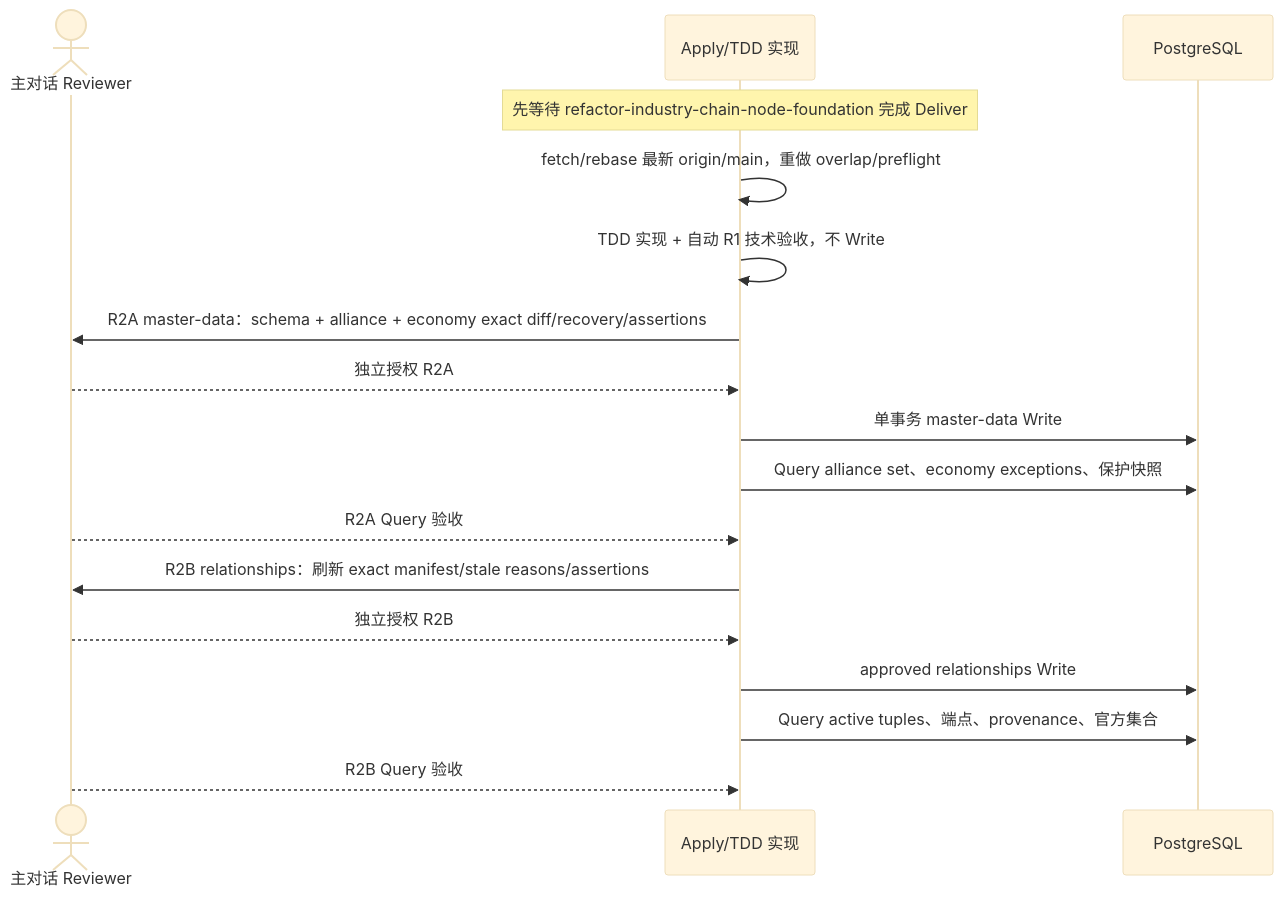
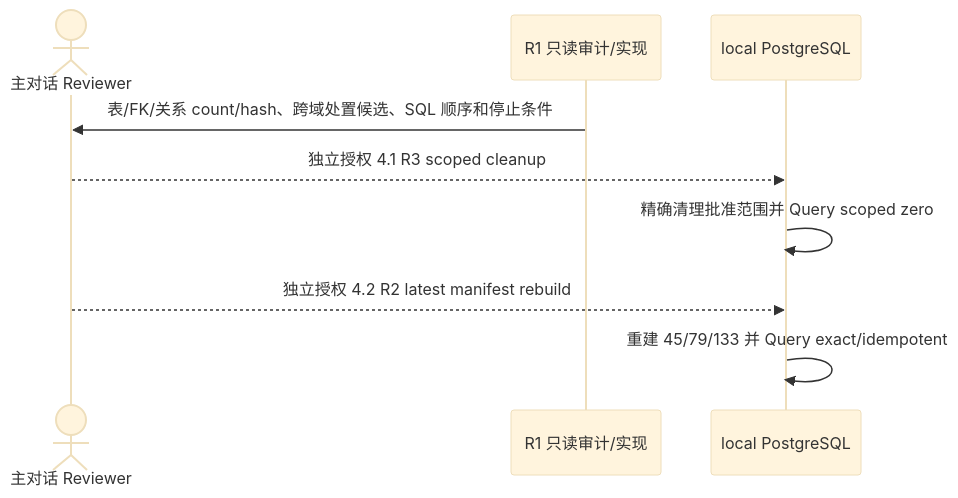
Before and after one commit to meierlink88/tidewise-ai: the diagram in openspec/changes/reinitialize-alliance-economy-foundation/design.md, drawn with Mermaid (base theme). The commit also changed other lines of this file and 21 other files, not shown here.

Commit message:
feat(entityfoundation): prepare alliance economy rebuild

````diff
--- a/openspec/changes/reinitialize-alliance-economy-foundation/design.md
+++ b/openspec/changes/reinitialize-alliance-economy-foundation/design.md
@@ -138,20 +97,12 @@
 ```mermaid
 sequenceDiagram
     actor Reviewer as 主对话 Reviewer
-    participant Apply as Apply/TDD 实现
-    participant PG as PostgreSQL
+    participant R1 as R1 只读审计/实现
+    participant PG as local PostgreSQL
 
-    Note over Apply: 先等待 refactor-industry-chain-node-foundation 完成 Deliver
-    Apply->>Apply: fetch/rebase 最新 origin/main，重做 overlap/preflight
-    Apply->>Apply: TDD 实现 + 自动 R1 技术验收，不 Write
-    Apply->>Reviewer: R2A master-data：schema + alliance + economy exact diff/recovery/assertions
-    Reviewer-->>Apply: 独立授权 R2A
-    Apply->>PG: 单事务 master-data Write
-    Apply->>PG: Query alliance set、economy exceptions、保护快照
-    Reviewer-->>Apply: R2A Query 验收
-    Apply->>Reviewer: R2B relationships：刷新 exact manifest/stale reasons/assertions
-    Reviewer-->>Apply: 独立授权 R2B
-    Apply->>PG: approved relationships Write
-    Apply->>PG: Query active tuples、端点、provenance、官方集合
-    Reviewer-->>Apply: R2B Query 验收
+    R1->>Reviewer: 表/FK/关系 count/hash、跨域处置候选、SQL 顺序和停止条件
+    Reviewer-->>PG: 独立授权 4.1 R3 scoped cleanup
+    PG->>PG: 精确清理批准范围并 Query scoped zero
+    Reviewer-->>PG: 独立授权 4.2 R2 latest manifest rebuild
+    PG->>PG: 重建 45/79/133 并 Query exact/idempotent
 ```
````
